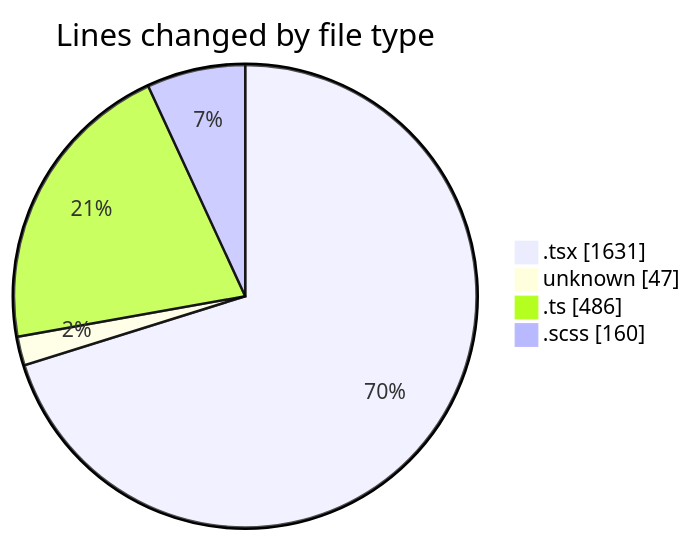
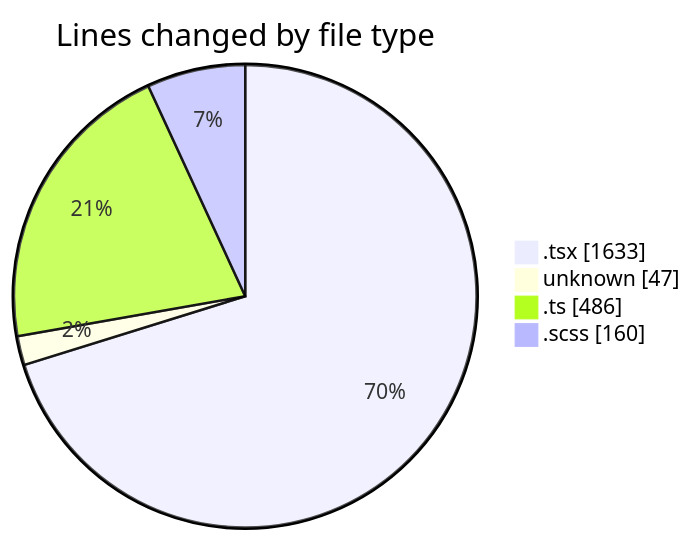
The first of 2 diagrams in 2025-09-18/cda/README.md (momahboobian/code-tracking), drawn with Mermaid before and after one commit. The commit also changed other lines of this file and 1 other file, not shown here.

````diff
--- a/2025-09-18/cda/README.md
+++ b/2025-09-18/cda/README.md
@@ -25,8 +25,8 @@
 ```mermaid
 pie showData
 title Lines changed by file type
-".tsx" : 1631
+".tsx" : 1633
 "unknown" : 47
 ".ts" : 486
 ".scss" : 160
 ```
````
